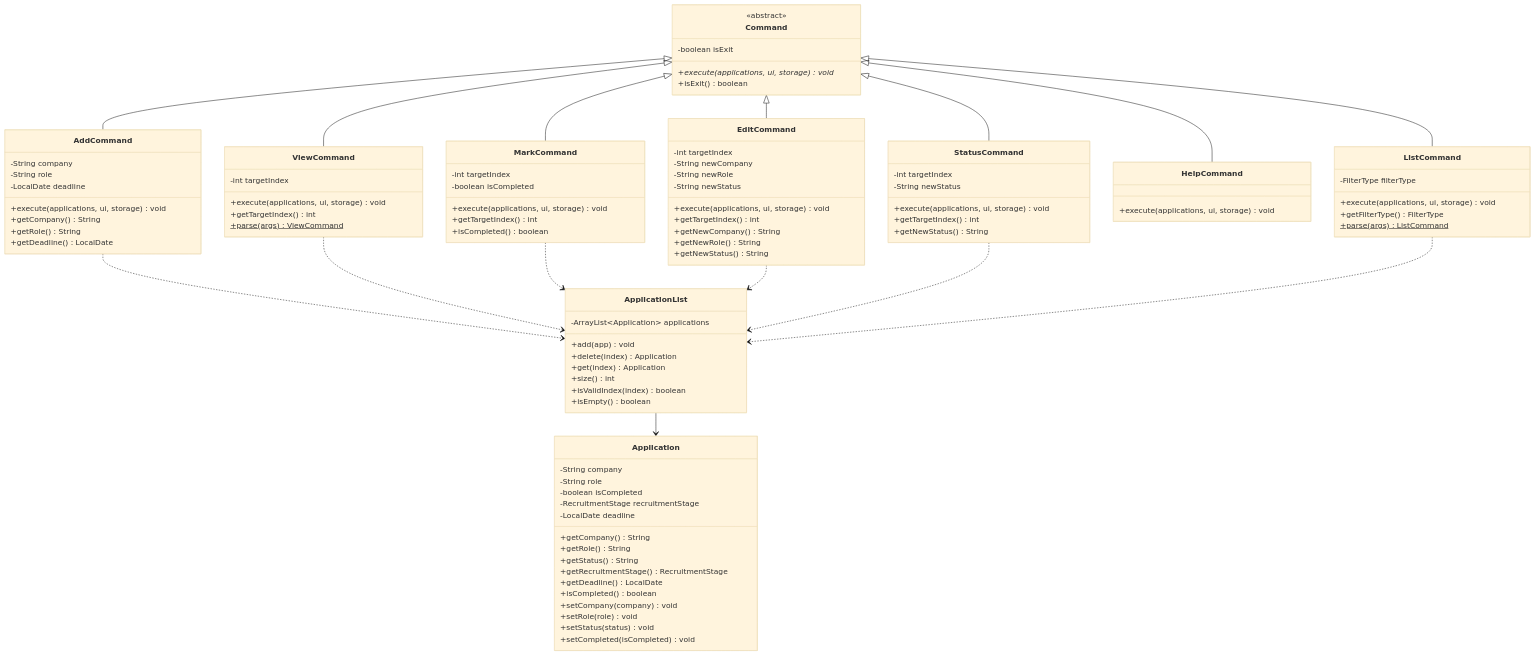
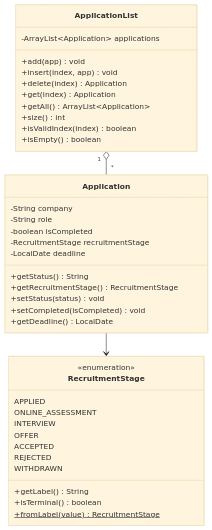
One commit to AY2627S1-CS2113-T10-2/tp changed the third of 16 diagrams in docs/DeveloperGuide.md. Above: the diagram before and after it, drawn with Mermaid (base theme). The commit also changed other lines of this file and 2 other files, not shown here.

````diff
--- a/docs/DeveloperGuide.md
+++ b/docs/DeveloperGuide.md
@@ -19,65 +78,12 @@
 ```mermaid
 classDiagram
-    class Command {
-        <<abstract>>
-        -boolean isExit
-        +execute(applications, ui, storage)* void
-        +isExit() boolean
-    }
-    class AddCommand {
-        -String company
-        -String role
-        -LocalDate deadline
-        +execute(applications, ui, storage) void
-        +getCompany() String
-        +getRole() String
-        +getDeadline() LocalDate
-    }
-    class ViewCommand {
-        -int targetIndex
-        +execute(applications, ui, storage) void
-        +getTargetIndex() int
-        +parse(args)$ ViewCommand
-    }
-    class MarkCommand {
-        -int targetIndex
-        -boolean isCompleted
-        +execute(applications, ui, storage) void
-        +getTargetIndex() int
-        +isCompleted() boolean
-    }
-    class EditCommand {
-        -int targetIndex
-        -String newCompany
-        -String newRole
-        -String newStatus
-        +execute(applications, ui, storage) void
-        +getTargetIndex() int
-        +getNewCompany() String
-        +getNewRole() String
-        +getNewStatus() String
-    }
-    class StatusCommand {
-        -int targetIndex
-        -String newStatus
-        +execute(applications, ui, storage) void
-        +getTargetIndex() int
-        +getNewStatus() String
-    }
-    class HelpCommand {
-        +execute(applications, ui, storage) void
-    }
-    class ListCommand {
-        -FilterType filterType
-        +execute(applications, ui, storage) void
-        +getFilterType() FilterType
-        +parse(args)$ ListCommand
-    }
     class ApplicationList {
         -ArrayList~Application~ applications
         +add(app) void
+        +insert(index, app) void
         +delete(index) Application
         +get(index) Application
+        +getAll() ArrayList~Application~
         +size() int
         +isValidIndex(index) boolean
         +isEmpty() boolean
@@ -88,29 +94,25 @@
         -boolean isCompleted
         -RecruitmentStage recruitmentStage
         -LocalDate deadline
-        +getCompany() String
-        +getRole() String
         +getStatus() String
         +getRecruitmentStage() RecruitmentStage
-        +getDeadline() LocalDate
-        +isCompleted() boolean
-        +setCompany(company) void
-        +setRole(role) void
         +setStatus(status) void
         +setCompleted(isCompleted) void
+        +getDeadline() LocalDate
     }
-    Command <|-- AddCommand
-    Command <|-- ViewCommand
-    Command <|-- MarkCommand
-    Command <|-- EditCommand
-    Command <|-- StatusCommand
-    Command <|-- HelpCommand
-    Command <|-- ListCommand
-    ApplicationList --> Application
-    AddCommand ..> ApplicationList
-    ViewCommand ..> ApplicationList
-    MarkCommand ..> ApplicationList
-    EditCommand ..> ApplicationList
-    StatusCommand ..> ApplicationList
-    ListCommand ..> ApplicationList
+    class RecruitmentStage {
+        <<enumeration>>
+        APPLIED
+        ONLINE_ASSESSMENT
+        INTERVIEW
+        OFFER
+        ACCEPTED
+        REJECTED
+        WITHDRAWN
+        +getLabel() String
+        +isTerminal() boolean
+        +fromLabel(value)$ RecruitmentStage
+    }
+    ApplicationList "1" o-- "*" Application
+    Application --> RecruitmentStage
 ```
````
